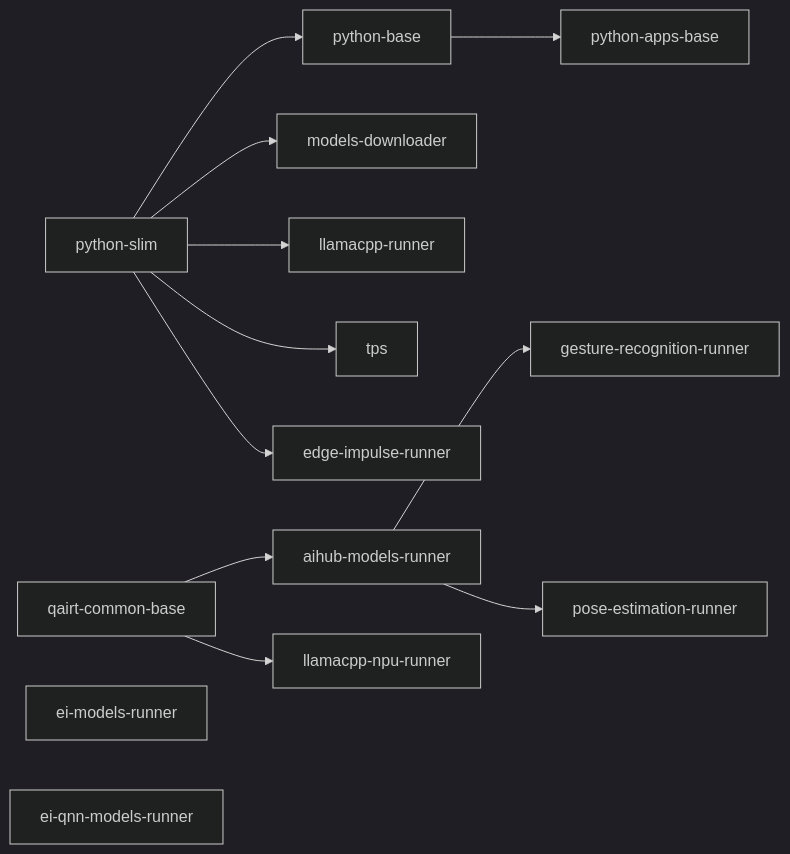
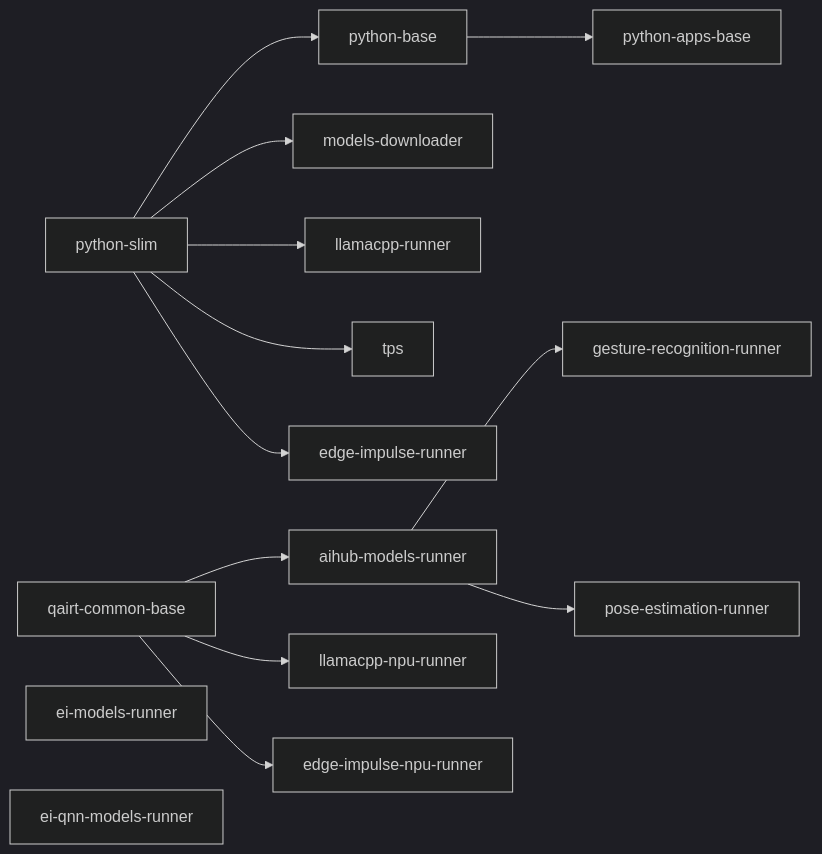
One commit to arduino/app-bricks-py changed the diagram in containers/README.md. Above: the diagram before and after it, drawn with Mermaid (dark theme). The commit also changed other lines of this file and 5 other files, not shown here.

Commit message:
feat: scaffold new edge-impulse-npu-runner container

````diff
--- a/containers/README.md
+++ b/containers/README.md
@@ -42,13 +43,14 @@
 ```mermaid
 graph LR
   slim[python-slim] --> base[python-base] --> apps[python-apps-base]
   slim --> dl[models-downloader]
   slim --> lcpp[llamacpp-runner]
   qairt[qairt-common-base] --> aihub[aihub-models-runner] --> gesture[gesture-recognition-runner]
   aihub --> pose[pose-estimation-runner]
   qairt --> lcppnpu[llamacpp-npu-runner]
   ei[ei-models-runner]
   eiqnn[ei-qnn-models-runner]
   slim --> tps[tps]
   slim --> edgeimpulserunner[edge-impulse-runner]
+  qairt --> edgeimpulsenpurunner[edge-impulse-npu-runner]
 ```
````
